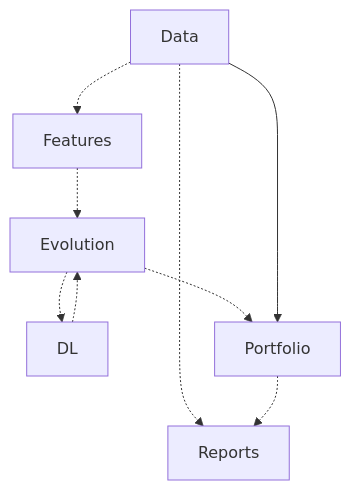
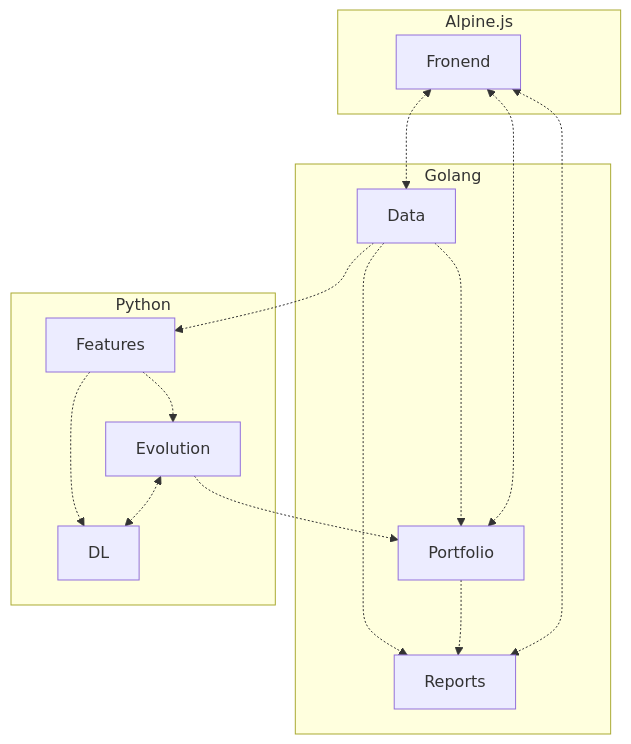
The first of 4 diagrams in opt/README.md (WLM1ke/poptimizer), drawn with Mermaid before and after one commit. The commit also changed other lines of this file, not shown here.

````diff
--- a/opt/README.md
+++ b/opt/README.md
@@ -48,12 +46,25 @@
 ```mermaid
 flowchart
 
+subgraph Alpine.js
+    Fronend
+end
+
+subgraph Golang
+    Data -.-> Portfolio
+    Data -.-> Reports
+    Portfolio -.-> Reports
+end
+
+subgraph Python
+    Features -.-> Evolution
+    Features -.-> DL
+    Evolution <-.-> DL
+end
+
+Fronend <-.-> Data
+Fronend <-.-> Portfolio
+Fronend <-.-> Reports
 Data -.-> Features
-Features -.-> Evolution
-Evolution -.-> DL
-DL -.-> Evolution
 Evolution -.-> Portfolio
-Data --> Portfolio
-Data -.-> Reports
-Portfolio -.-> Reports
 ```
````
